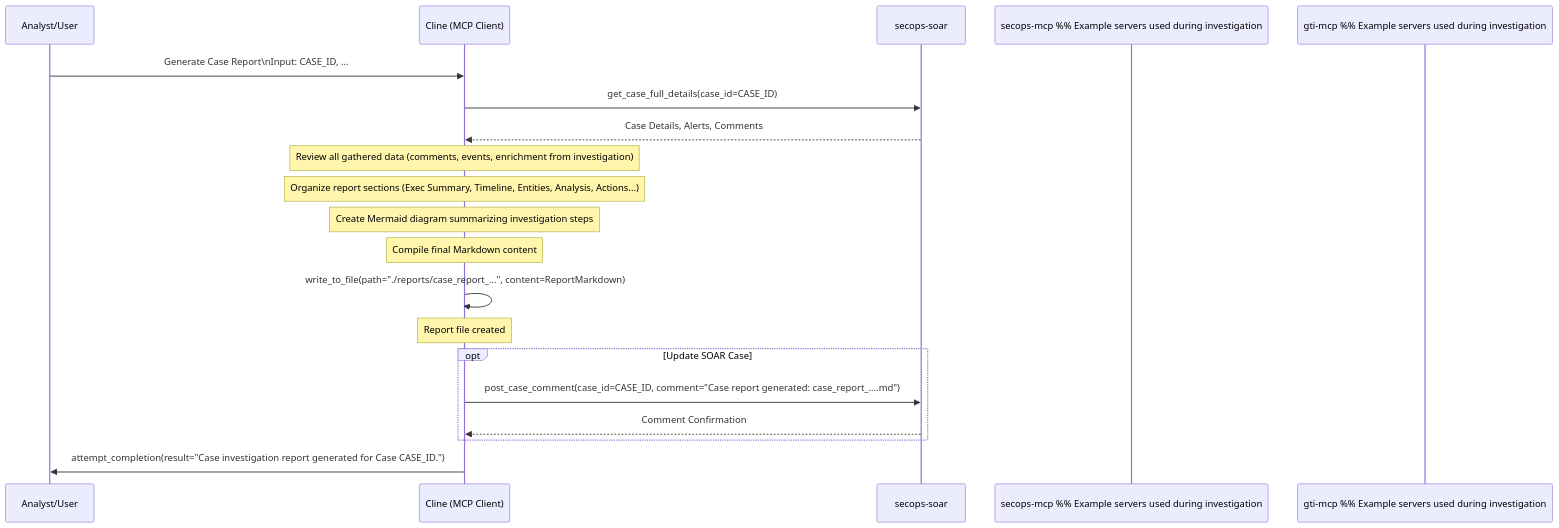
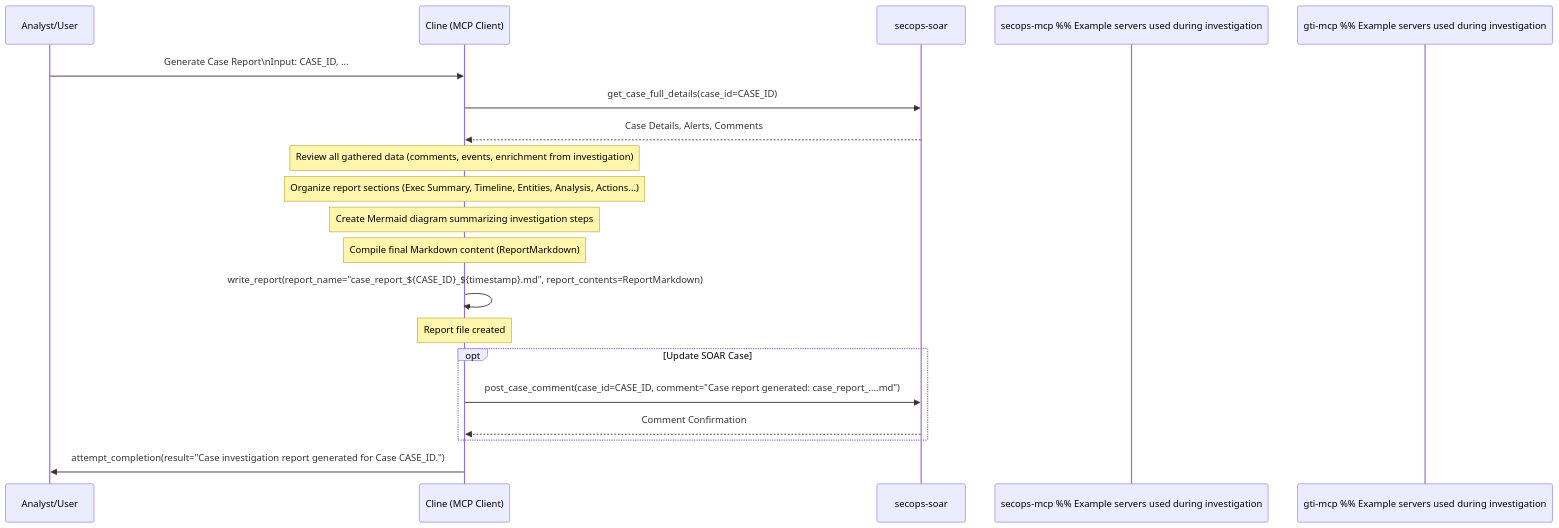
One commit to dandye/adk_runbooks changed the diagram in rules-bank/run_books/case_report.md. Above: the diagram before and after it, drawn with Mermaid. The commit also changed other lines of this file and 18 other files, not shown here.

Commit message:
write_to_file -> write_report

````diff
--- a/rules-bank/run_books/case_report.md
+++ b/rules-bank/run_books/case_report.md
@@ -34,36 +34,36 @@
 ```{mermaid}
 sequenceDiagram
     participant Analyst/User
     participant Cline as Cline (MCP Client)
     participant SOAR as secops-soar
     participant SIEM as secops-mcp %% Example servers used during investigation
     participant GTI as gti-mcp  %% Example servers used during investigation
 
     Analyst/User->>Cline: Generate Case Report\nInput: CASE_ID, ...
 
     %% Step 1: Gather Case Data
     Cline->>SOAR: get_case_full_details(case_id=CASE_ID)
     SOAR-->>Cline: Case Details, Alerts, Comments
     %% Potentially re-run list_events_by_alert if needed
 
     %% Step 2: Synthesize Findings
     Note over Cline: Review all gathered data (comments, events, enrichment from investigation)
 
     %% Step 3 & 4: Structure Report & Generate Diagram
     Note over Cline: Organize report sections (Exec Summary, Timeline, Entities, Analysis, Actions...)
     Note over Cline: Create Mermaid diagram summarizing investigation steps
 
     %% Step 5 & 6: Format & Write Report
-    Note over Cline: Compile final Markdown content
-    Cline->>Cline: write_to_file(path="./reports/case_report_...", content=ReportMarkdown)
+    Note over Cline: Compile final Markdown content (ReportMarkdown)
+    Cline->>Cline: write_report(report_name="case_report_${CASE_ID}_${timestamp}.md", report_contents=ReportMarkdown)
     Note over Cline: Report file created
 
     %% Step 7: Optional SOAR Update
     opt Update SOAR Case
         Cline->>SOAR: post_case_comment(case_id=CASE_ID, comment="Case report generated: case_report_....md")
         SOAR-->>Cline: Comment Confirmation
     end
 
     Cline->>Analyst/User: attempt_completion(result="Case investigation report generated for Case CASE_ID.")
 
 ```
````
